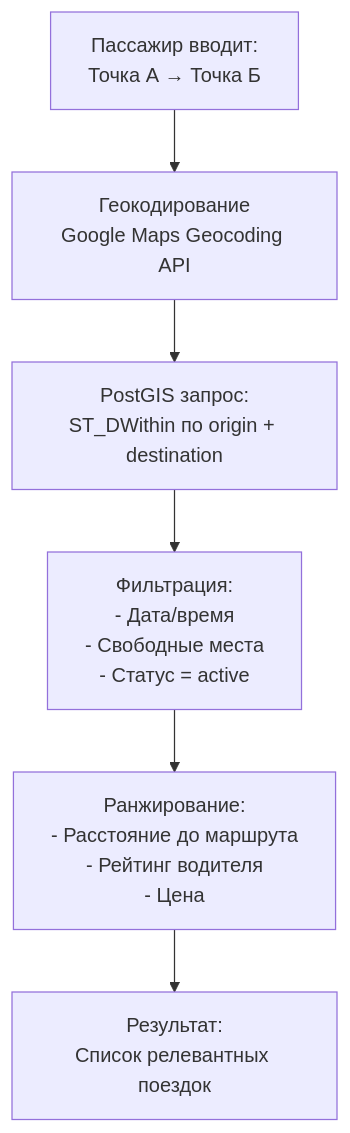
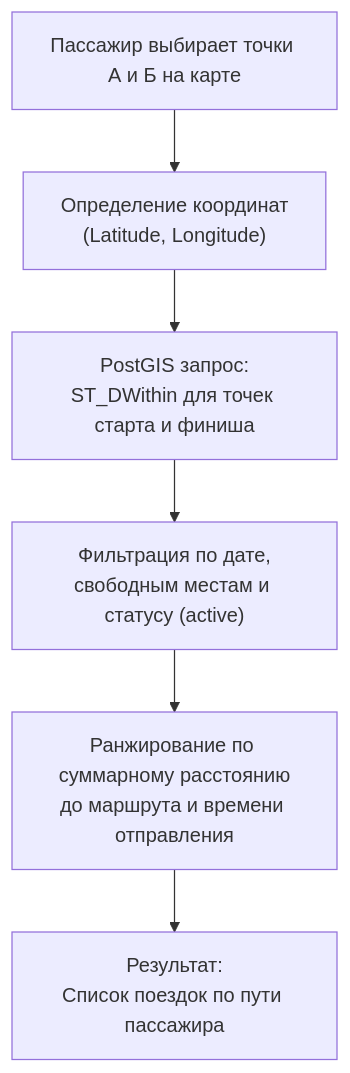
One commit to JosephIsrafilov/yolustu changed the second of 4 diagrams in yolustu_architecture.md. Above: the diagram before and after it, drawn with Mermaid. The commit also changed other lines of this file and 11 other files, not shown here.

Commit message:
Refactor risks and metrics documentation, enhance architecture overview, and update project plan with completed phases and localization details

````diff
--- a/yolustu_architecture.md
+++ b/yolustu_architecture.md
@@ -67,8 +63,8 @@
 ```mermaid
 flowchart TD
-    A["Пассажир вводит:\nТочка А → Точка Б"] --> B["Геокодирование\nGoogle Maps Geocoding API"]
-    B --> C["PostGIS запрос:\nST_DWithin по origin + destination"]
-    C --> D["Фильтрация:\n- Дата/время\n- Свободные места\n- Статус = active"]
-    D --> E["Ранжирование:\n- Расстояние до маршрута\n- Рейтинг водителя\n- Цена"]
-    E --> F["Результат:\nСписок релевантных поездок"]
+    A["Пассажир выбирает точки А и Б на карте"] --> B["Определение координат\n(Latitude, Longitude)"]
+    B --> C["PostGIS запрос:\nST_DWithin для точек старта и финиша"]
+    C --> D["Фильтрация по дате,\nсвободным местам и статусу (active)"]
+    D --> E["Ранжирование по суммарному расстоянию\nдо маршрута и времени отправления"]
+    E --> F["Результат:\nСписок поездок по пути пассажира"]
 ```
````
